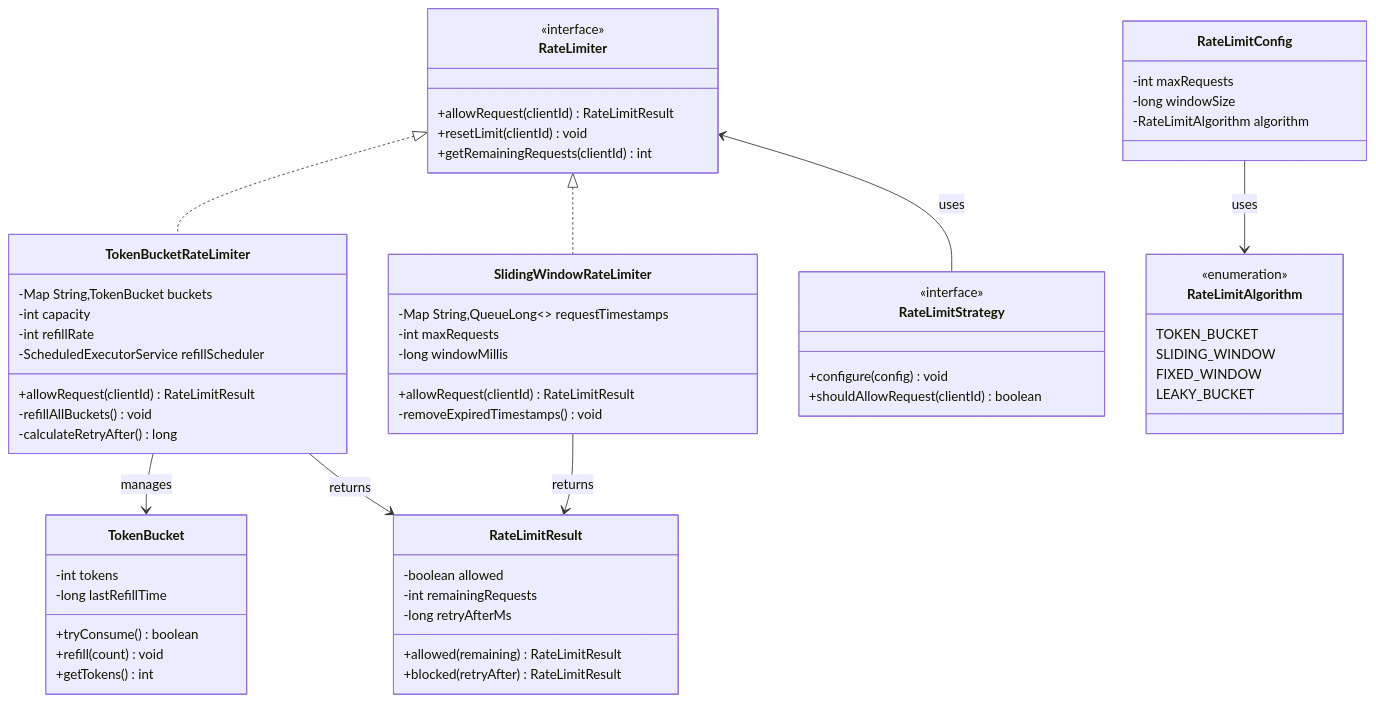
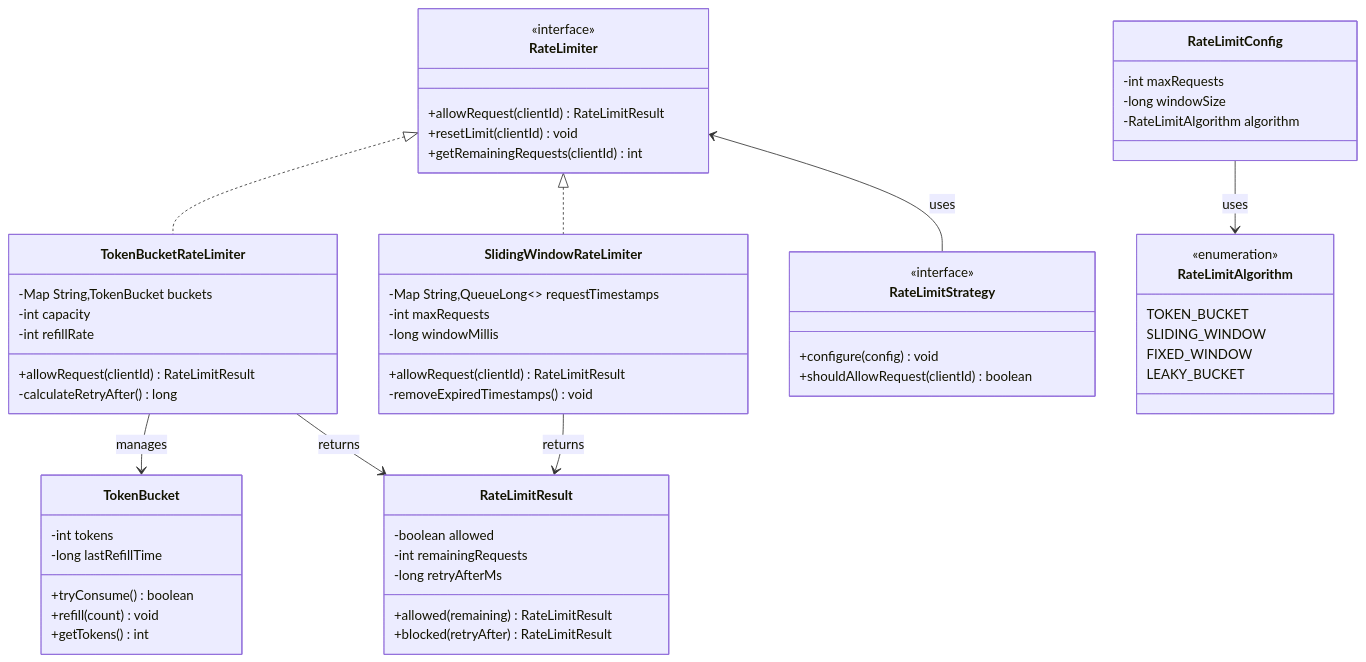
One commit to dlkr18/lld-playbook changed the diagram in docs/problems/ratelimiter/README.md. Above: the diagram before and after it, drawn with Mermaid. The commit also changed other lines of this file and 31 other files, not shown here.

````diff
--- a/docs/problems/ratelimiter/README.md
+++ b/docs/problems/ratelimiter/README.md
@@ -90,71 +90,69 @@
 ```mermaid
 classDiagram
     class RateLimiter {
         <<interface>>
         +allowRequest(clientId) RateLimitResult
         +resetLimit(clientId) void
         +getRemainingRequests(clientId) int
     }
 
     class TokenBucketRateLimiter {
         -Map String,TokenBucket buckets
         -int capacity
         -int refillRate
-        -ScheduledExecutorService refillScheduler
         +allowRequest(clientId) RateLimitResult
-        -refillAllBuckets() void
         -calculateRetryAfter() long
     }
 
     class SlidingWindowRateLimiter {
         -Map String,QueueLong~~ requestTimestamps
         -int maxRequests
         -long windowMillis
         +allowRequest(clientId) RateLimitResult
         -removeExpiredTimestamps() void
     }
 
     class TokenBucket {
         -int tokens
         -long lastRefillTime
         +tryConsume() boolean
         +refill(count) void
         +getTokens() int
     }
 
     class RateLimitResult {
         -boolean allowed
         -int remainingRequests
         -long retryAfterMs
         +allowed(remaining) RateLimitResult
         +blocked(retryAfter) RateLimitResult
     }
 
     class RateLimitConfig {
         -int maxRequests
         -long windowSize
         -RateLimitAlgorithm algorithm
     }
 
     class RateLimitAlgorithm {
         <<enumeration>>
         TOKEN_BUCKET
         SLIDING_WINDOW
         FIXED_WINDOW
         LEAKY_BUCKET
     }
 
     class RateLimitStrategy {
         <<interface>>
         +configure(config) void
         +shouldAllowRequest(clientId) boolean
     }
 
     RateLimiter <|.. TokenBucketRateLimiter
     RateLimiter <|.. SlidingWindowRateLimiter
     TokenBucketRateLimiter --> TokenBucket : manages
     TokenBucketRateLimiter --> RateLimitResult : returns
     SlidingWindowRateLimiter --> RateLimitResult : returns
     RateLimitConfig --> RateLimitAlgorithm : uses
     RateLimiter <-- RateLimitStrategy : uses
 ```
````
